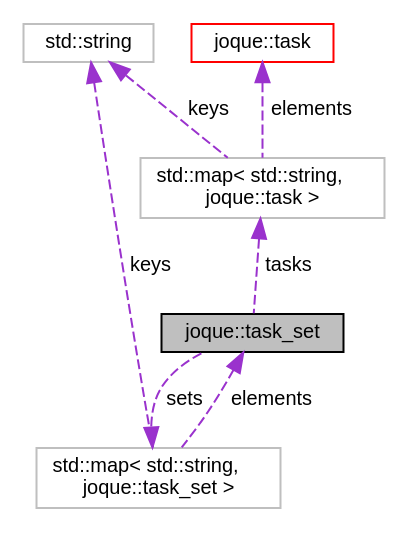
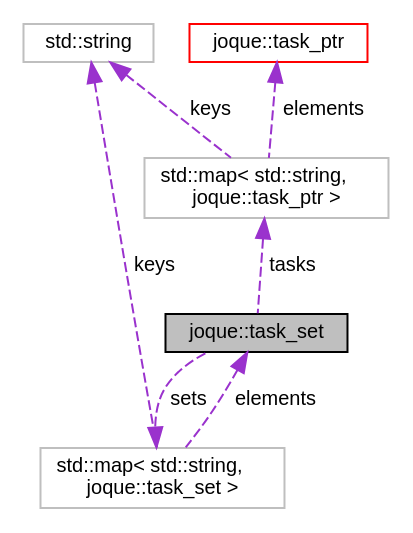
One commit to koniarik/joque changed the diagram in structjoque_1_1task__set__coll__graph.dot. Above: the diagram before and after it, drawn with Graphviz. The commit also changed 223 other files, not shown here.

```diff
--- a/structjoque_1_1task__set__coll__graph.dot
+++ b/structjoque_1_1task__set__coll__graph.dot
@@ -1,17 +1,17 @@
 digraph "joque::task_set"
 {
  // LATEX_PDF_SIZE
   edge [fontname="Helvetica",fontsize="10",labelfontname="Helvetica",labelfontsize="10"];
   node [fontname="Helvetica",fontsize="10",shape=record];
   Node1 [label="joque::task_set",height=0.2,width=0.4,color="black", fillcolor="grey75", style="filled", fontcolor="black",tooltip="A set of tasks that contains either tasks or another sets."];
   Node2 -> Node1 [dir="back",color="darkorchid3",fontsize="10",style="dashed",label=" tasks" ,fontname="Helvetica"];
-  Node2 [label="std::map\< std::string,\l joque::task \>",height=0.2,width=0.4,color="grey75", fillcolor="white", style="filled",tooltip=" "];
+  Node2 [label="std::map\< std::string,\l joque::task_ptr \>",height=0.2,width=0.4,color="grey75", fillcolor="white", style="filled",tooltip=" "];
   Node3 -> Node2 [dir="back",color="darkorchid3",fontsize="10",style="dashed",label=" keys" ,fontname="Helvetica"];
   Node3 [label="std::string",height=0.2,width=0.4,color="grey75", fillcolor="white", style="filled",tooltip=" "];
   Node5 -> Node2 [dir="back",color="darkorchid3",fontsize="10",style="dashed",label=" elements" ,fontname="Helvetica"];
-  Node5 [label="joque::task",height=0.2,width=0.4,color="red", fillcolor="white", style="filled",URL="$namespacejoque.html#structjoque_1_1task",tooltip="Single task that should be executed by the system."];
-  Node11 -> Node1 [dir="back",color="darkorchid3",fontsize="10",style="dashed",label=" sets" ,fontname="Helvetica"];
-  Node11 [label="std::map\< std::string,\l joque::task_set \>",height=0.2,width=0.4,color="grey75", fillcolor="white", style="filled",tooltip=" "];
-  Node1 -> Node11 [dir="back",color="darkorchid3",fontsize="10",style="dashed",label=" elements" ,fontname="Helvetica"];
-  Node3 -> Node11 [dir="back",color="darkorchid3",fontsize="10",style="dashed",label=" keys" ,fontname="Helvetica"];
+  Node5 [label="joque::task_ptr",height=0.2,width=0.4,color="red", fillcolor="white", style="filled",URL="$structjoque_1_1task__ptr.html",tooltip=" "];
+  Node8 -> Node1 [dir="back",color="darkorchid3",fontsize="10",style="dashed",label=" sets" ,fontname="Helvetica"];
+  Node8 [label="std::map\< std::string,\l joque::task_set \>",height=0.2,width=0.4,color="grey75", fillcolor="white", style="filled",tooltip=" "];
+  Node1 -> Node8 [dir="back",color="darkorchid3",fontsize="10",style="dashed",label=" elements" ,fontname="Helvetica"];
+  Node3 -> Node8 [dir="back",color="darkorchid3",fontsize="10",style="dashed",label=" keys" ,fontname="Helvetica"];
 }
```
